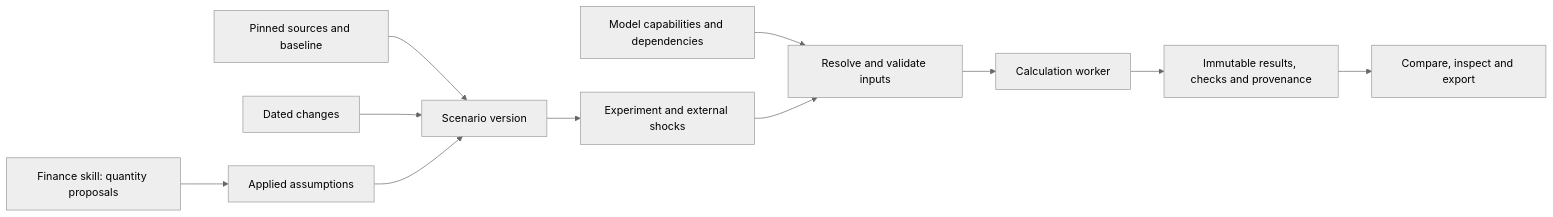
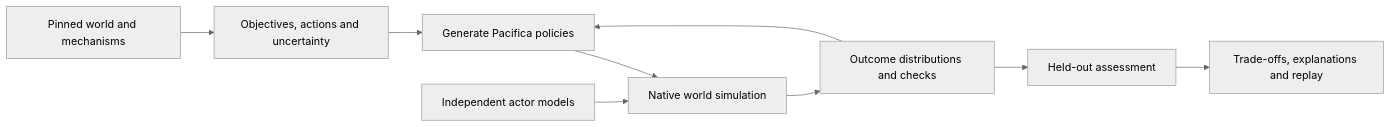
The diagram in docs/timeline-lab/requirements.md (c-voelkle/pacifica), drawn with Mermaid (neutral theme) before and after one commit. The commit also changed other lines of this file and 3 other files, not shown here.

Commit message:
docs: define Timeline Lab strategic search vision and wargame measures

````diff
--- a/docs/timeline-lab/requirements.md
+++ b/docs/timeline-lab/requirements.md
@@ -90,13 +98,11 @@
 ```mermaid
 flowchart LR
-    Sources["Pinned sources and baseline"] --> Version["Scenario version"]
-    Changes["Dated changes"] --> Version
-    Skill["Finance skill: quantity proposals"] --> Assumptions["Applied assumptions"]
-    Assumptions --> Version
-    Version --> Experiment["Experiment and external shocks"]
-    Registry["Model capabilities and dependencies"] --> Compiler["Resolve and validate inputs"]
-    Experiment --> Compiler
-    Compiler --> Worker["Calculation worker"]
-    Worker --> Result["Immutable results, checks and provenance"]
-    Result --> Dashboard["Compare, inspect and export"]
+    Sources["Pinned world and mechanisms"] --> Campaign["Objectives, actions and uncertainty"]
+    Campaign --> Search["Generate Pacifica policies"]
+    Search --> Worker["Native world simulation"]
+    Actors["Independent actor models"] --> Worker
+    Worker --> Evaluate["Outcome distributions and checks"]
+    Evaluate --> Search
+    Evaluate --> Assess["Held-out assessment"]
+    Assess --> Dashboard["Trade-offs, explanations and replay"]
 ```
````
